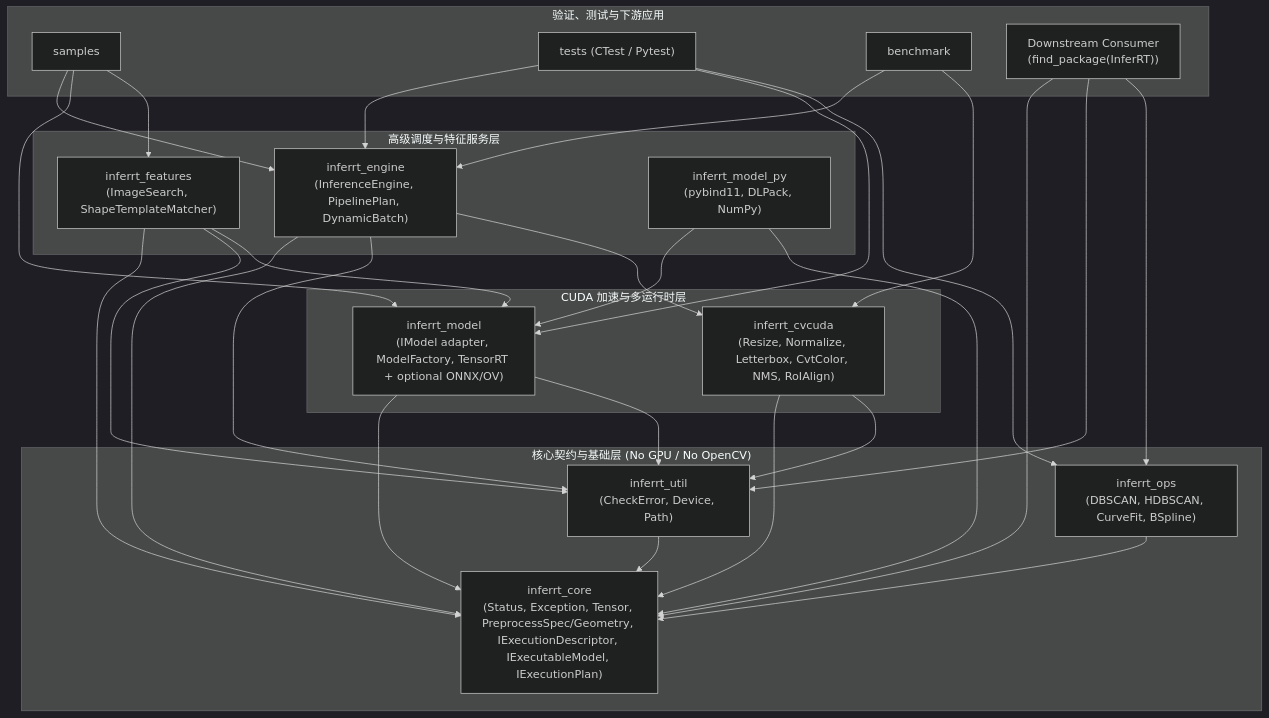
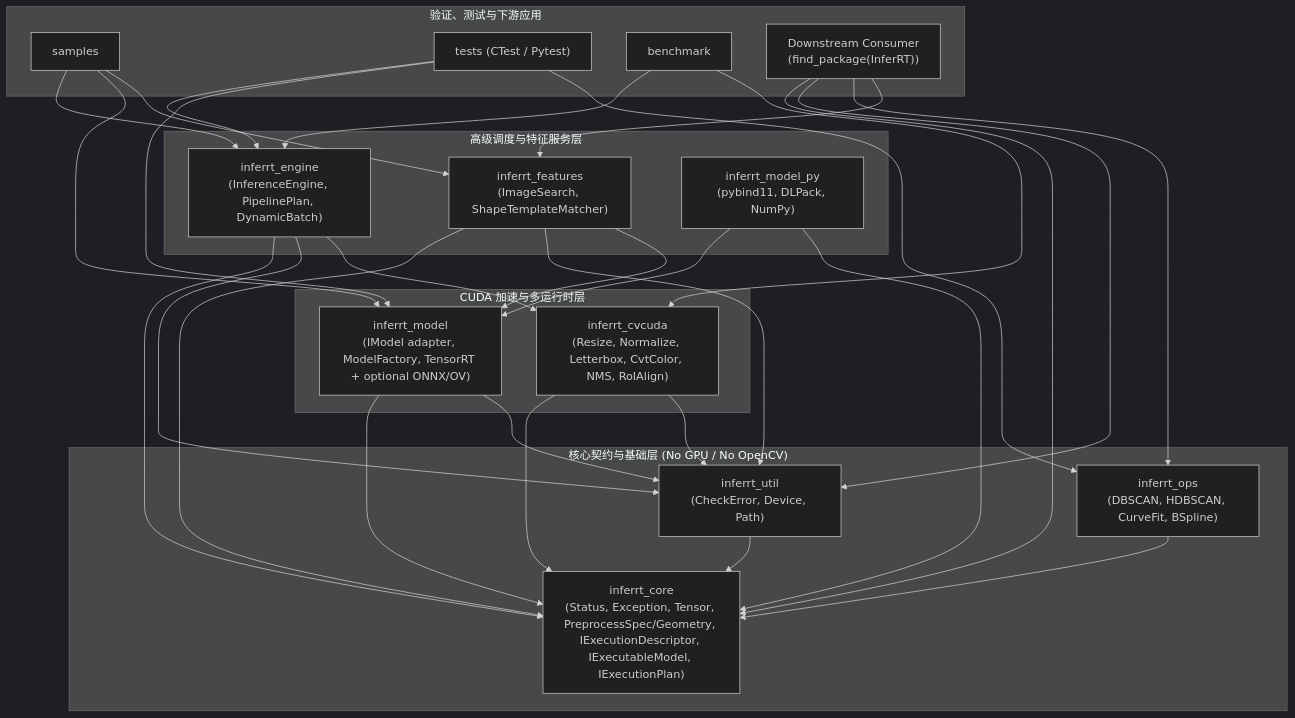
The first of 4 diagrams in docs/项目架构图谱.md (QWERDF007/InferRT), drawn with Mermaid (dark theme) before and after one commit. The commit also changed 3 other files, not shown here.

````diff
--- a/docs/项目架构图谱.md
+++ b/docs/项目架构图谱.md
@@ -9,53 +9,54 @@
 ```mermaid
 flowchart TD
     subgraph CoreLayer["核心契约与基础层 (No GPU / No OpenCV)"]
         Core["inferrt_core\n(Status, Exception, Tensor, PreprocessSpec/Geometry, IExecutionDescriptor, IExecutableModel, IExecutionPlan)"]
         Util["inferrt_util\n(CheckError, Device, Path)"]
         Ops["inferrt_ops\n(DBSCAN, HDBSCAN, CurveFit, BSpline)"]
         Util --> Core
         Ops --> Core
     end
 
     subgraph CudaLayer["CUDA 加速与多运行时层"]
         CvCuda["inferrt_cvcuda\n(Resize, Normalize, Letterbox, CvtColor, NMS, RoIAlign)"]
         Model["inferrt_model\n(IModel adapter, ModelFactory, TensorRT + optional ONNX/OV)"]
         CvCuda --> Core
         CvCuda --> Util
         Model --> Core
         Model --> Util
     end
 
     subgraph ServiceLayer["高级调度与特征服务层"]
         Engine["inferrt_engine\n(InferenceEngine, PipelinePlan, DynamicBatch)"]
         Features["inferrt_features\n(ImageSearch, ShapeTemplateMatcher)"]
         Python["inferrt_model_py\n(pybind11, DLPack, NumPy)"]
 
         Engine --> Core
         Engine --> Util
         Engine --> CvCuda
         Features --> Core
         Features --> Util
         Features --> Model
         Python --> Model
         Python --> Core
     end
 
     subgraph AppLayer["验证、测试与下游应用"]
         Samples["samples"]
         Tests["tests (CTest / Pytest)"]
         Bench["benchmark"]
         Consumer["Downstream Consumer\n(find_package(InferRT))"]
 
         Samples --> Engine
         Samples --> Model
         Samples --> Features
         Tests --> Engine
         Tests --> Model
         Tests --> Ops
         Bench --> Engine
         Bench --> CvCuda
         Consumer --> Core
         Consumer --> Util
         Consumer --> Ops
+        Consumer --> Features
     end
 ```
````
